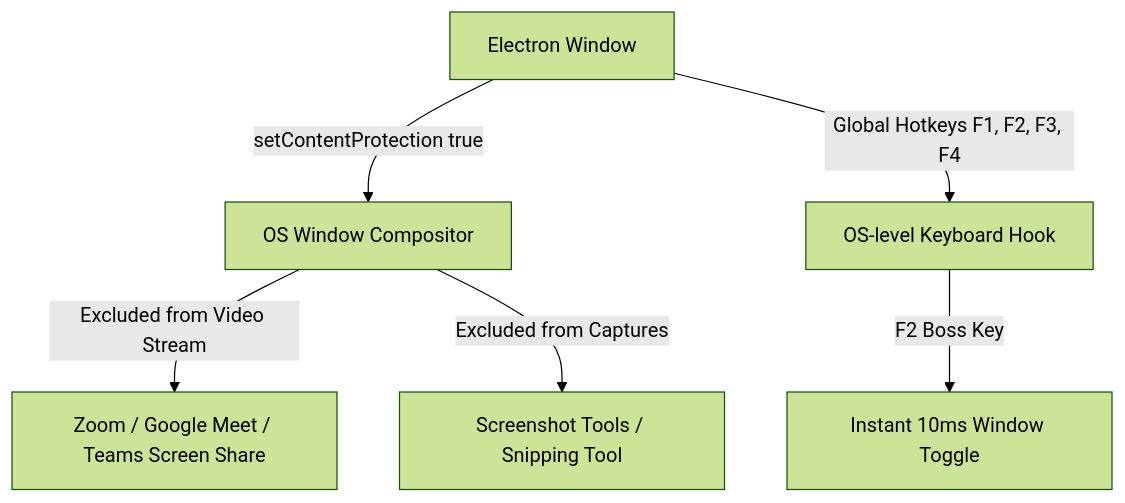
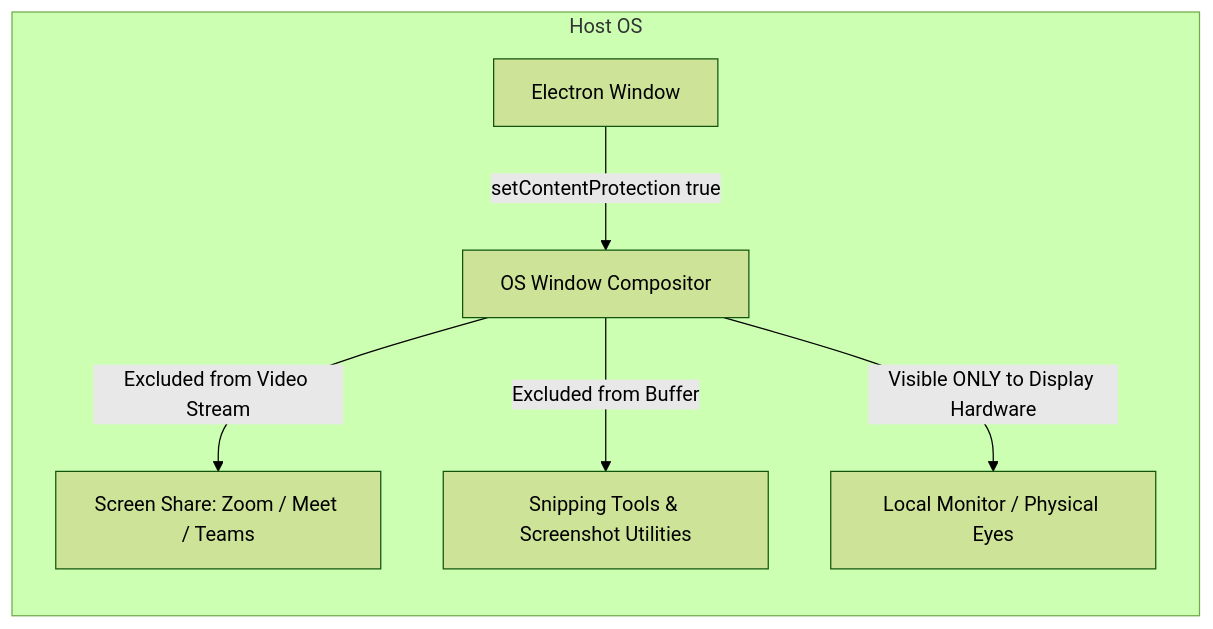
Before and after one commit to prince-up/Anazkai: the second of 4 diagrams in README.md, drawn with Mermaid (forest theme). The commit also changed other lines of this file, not shown here.

Commit message:
Update GitHub README with architecture diagrams, badges, and documentation

````diff
--- a/README.md
+++ b/README.md
@@ -33,8 +89,9 @@
 ```mermaid
-graph TD
-    A[Electron Window] -->|setContentProtection true| B[OS Window Compositor]
-    B -->|Excluded from Video Stream| C[Zoom / Google Meet / Teams Screen Share]
-    B -->|Excluded from Captures| D[Screenshot Tools / Snipping Tool]
-    A -->|Global Hotkeys F1, F2, F3, F4| E[OS-level Keyboard Hook]
-    E -->|F2 Boss Key| F[Instant 10ms Window Toggle]
+graph LR
+    subgraph Host OS
+        W[Electron Window] -->|setContentProtection true| C[OS Window Compositor]
+        C -->|Excluded from Video Stream| S[Screen Share: Zoom / Meet / Teams]
+        C -->|Excluded from Buffer| T[Snipping Tools & Screenshot Utilities]
+        C -->|Visible ONLY to Display Hardware| D[Local Monitor / Physical Eyes]
+    end
 ```
````
